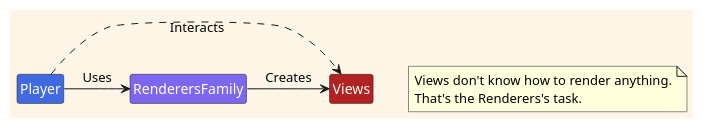
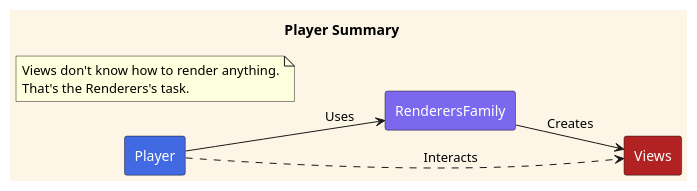
The diagram in doc/Summary.puml (sergio2297/questionnaire-player), drawn with PlantUML before and after one commit. The commit also changed 3 other files, not shown here.

Commit message:
doc: more diagrams to clarify how Renderer's abstract factory works

```diff
--- a/doc/Summary.puml
+++ b/doc/Summary.puml
@@ -1,21 +1,25 @@
 @startuml
-'https://plantuml.com/state-diagram
 
+left to right direction
 skinparam backgroundcolor oldlace
-hide members
-hide circle
 
-class Player #RoyalBlue;text:white
-class RenderersFamily #MediumSlateBlue;text:white
-class Views #FireBrick;text:white
+title Player Summary
+
+rectangle Player #RoyalBlue;text:white
+rectangle RenderersFamily #MediumSlateBlue;text:white
+rectangle Views #FireBrick;text:white
 
 note as N1
     Views don't know how to render anything.
     That's the Renderers's task.
 end note
 
-Player -> RenderersFamily : Uses
-RenderersFamily -> Views : Creates
-Player .> Views : "                  Interacts                  "
+Player ..> Views : "Interacts"
+Player --> RenderersFamily : Uses
+RenderersFamily --> Views : Creates
+
+
+
+'RenderersFamily  .[hidden] N1
 
 @enduml
```
